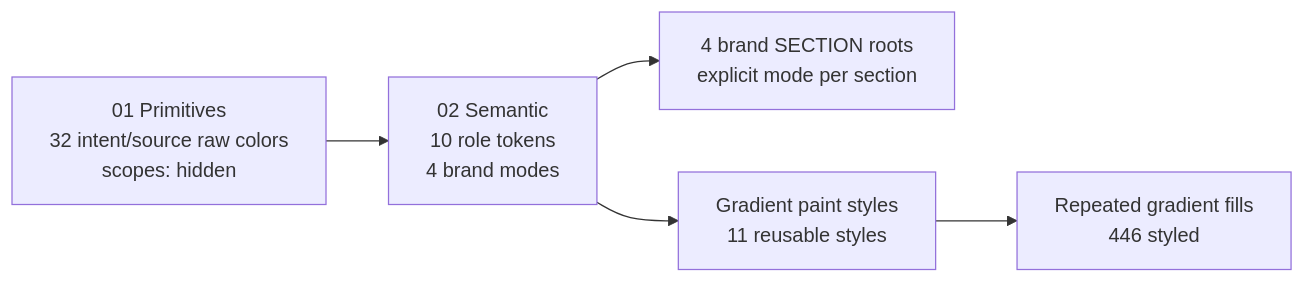
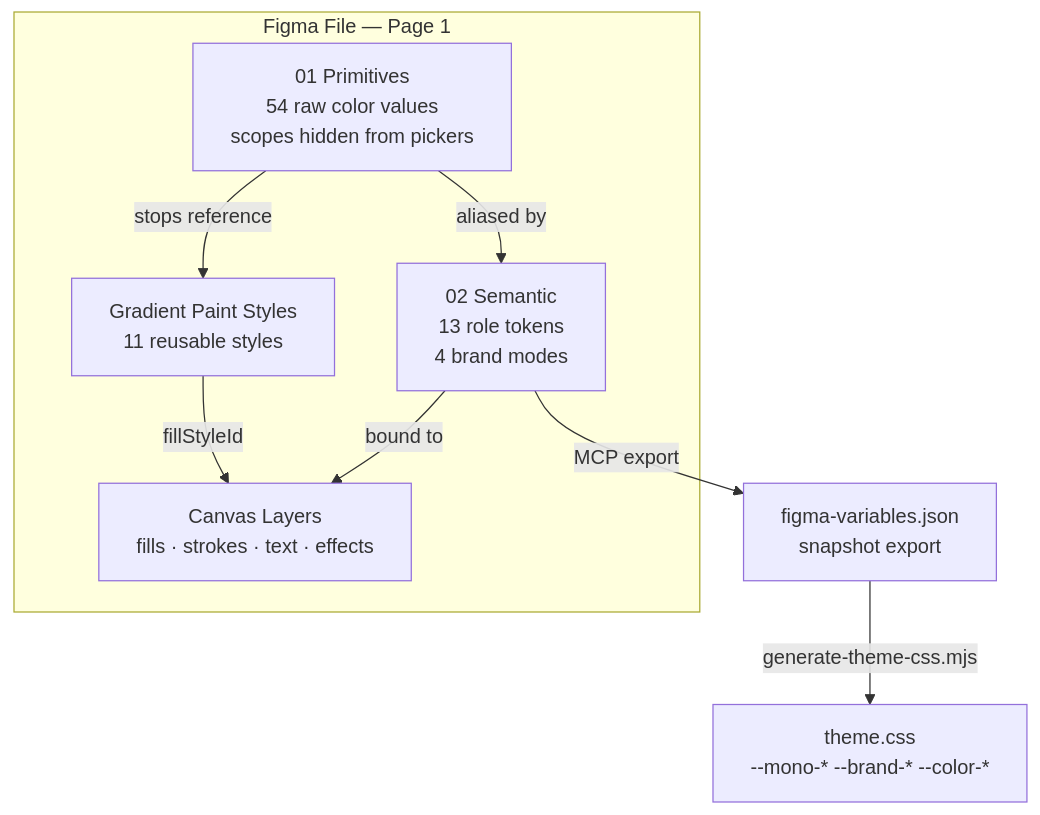
Before and after one commit to vincentyap91/riocity-figma: the first of 8 diagrams in plan.md, drawn with Mermaid. The commit also changed other lines of this file and 6 other files, not shown here.

First line of the commit message:
Sync Figma token export to theme.css and expand plan documentation.

````diff
--- a/plan.md
+++ b/plan.md
@@ -44,7 +48,17 @@
 ```mermaid
-flowchart LR
-  primitives["01 Primitives\n32 intent/source raw colors\nscopes: hidden"] --> semantic["02 Semantic\n10 role tokens\n4 brand modes"]
-  semantic --> brandRoots["4 brand SECTION roots\nexplicit mode per section"]
-  semantic --> gradientStyles["Gradient paint styles\n11 reusable styles"]
-  gradientStyles --> gradientFills["Repeated gradient fills\n446 styled"]
+flowchart TD
+  subgraph figma ["Figma File — Page 1"]
+    P["01 Primitives\n54 raw color values\nscopes hidden from pickers"]
+    S["02 Semantic\n13 role tokens\n4 brand modes"]
+    G["Gradient Paint Styles\n11 reusable styles"]
+    F["Canvas Layers\nfills · strokes · text · effects"]
+    P -->|"aliased by"| S
+    S -->|"bound to"| F
+    P -->|"stops reference"| G
+    G -->|"fillStyleId"| F
+  end
+  FV["figma-variables.json\nsnapshot export"]
+  CSS["theme.css\n--mono-* --brand-* --color-*"]
+  S -->|"MCP export"| FV
+  FV -->|"generate-theme-css.mjs"| CSS
 ```
````
